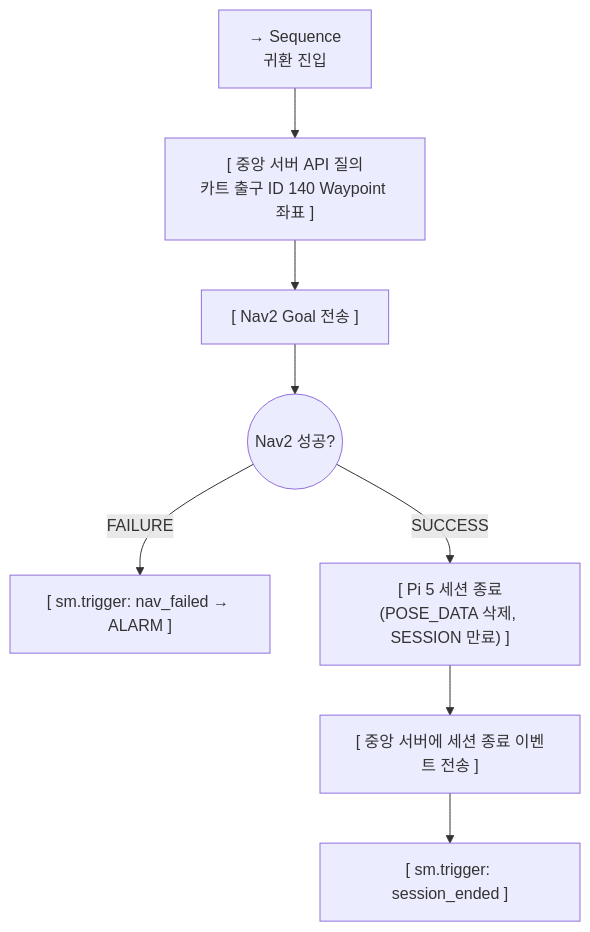
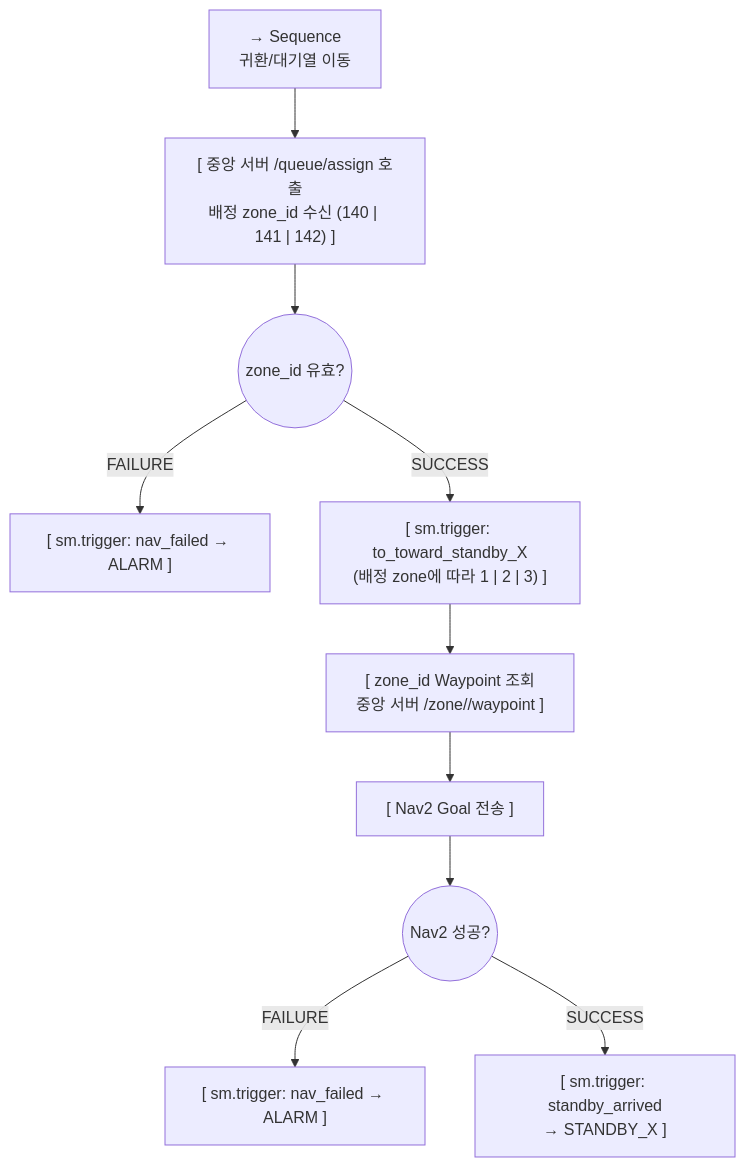
The fifth of 5 diagrams in docs/behavior_tree.md (addinedu-physicalai-1st/ros-repo-2), drawn with Mermaid before and after one commit. The commit also changed other lines of this file and 26 other files, not shown here.

````diff
--- a/docs/behavior_tree.md
+++ b/docs/behavior_tree.md
@@ -194,13 +203,16 @@
 ```mermaid
 flowchart TD
-    ROOT["→ Sequence\n귀환 진입"]
+    ROOT["→ Sequence\n귀환/대기열 이동"]
 
-    ROOT --> A1["[ 중앙 서버 API 질의\n카트 출구 ID 140 Waypoint 좌표 ]"]
-    A1 --> A2["[ Nav2 Goal 전송 ]"]
-    A2 --> C1(("Nav2 성공?"))
+    ROOT --> A1["[ 중앙 서버 /queue/assign 호출\n배정 zone_id 수신 (140 | 141 | 142) ]"]
+    A1 --> C0(("zone_id 유효?"))
+    C0 -- FAILURE --> A_ERR0["[ sm.trigger: nav_failed → ALARM ]"]
+
+    C0 -- SUCCESS --> A_SM["[ sm.trigger: to_toward_standby_X\n(배정 zone에 따라 1 | 2 | 3) ]"]
+    A_SM --> A2["[ zone_id Waypoint 조회\n중앙 서버 /zone/<id>/waypoint ]"]
+    A2 --> A3["[ Nav2 Goal 전송 ]"]
+    A3 --> C1(("Nav2 성공?"))
     C1 -- FAILURE --> A_ERR["[ sm.trigger: nav_failed → ALARM ]"]
 
-    C1 -- SUCCESS --> A3["[ Pi 5 세션 종료\n(POSE_DATA 삭제, SESSION 만료) ]"]
-    A3 --> A4["[ 중앙 서버에 세션 종료 이벤트 전송 ]"]
-    A4 --> A5["[ sm.trigger: session_ended ]"]
+    C1 -- SUCCESS --> A4["[ sm.trigger: standby_arrived\n→ STANDBY_X ]"]
 ```
````
